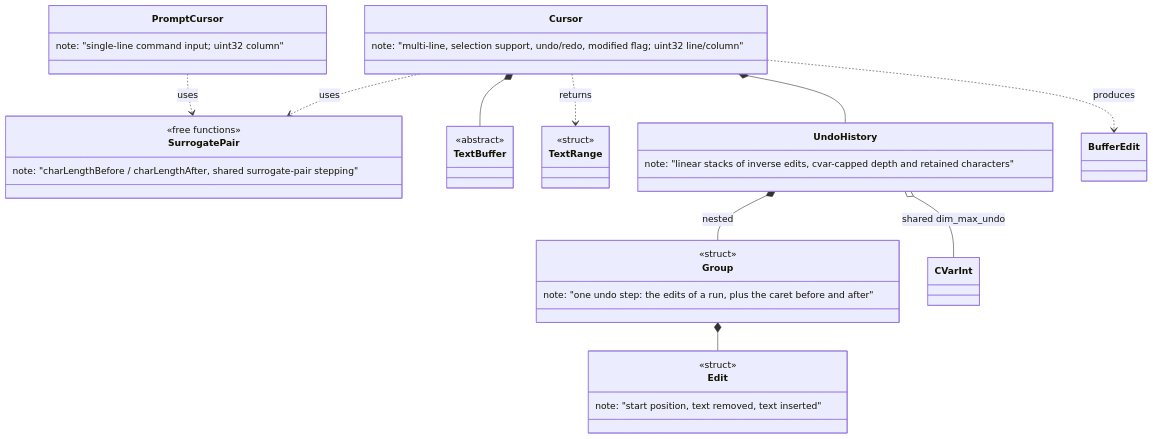
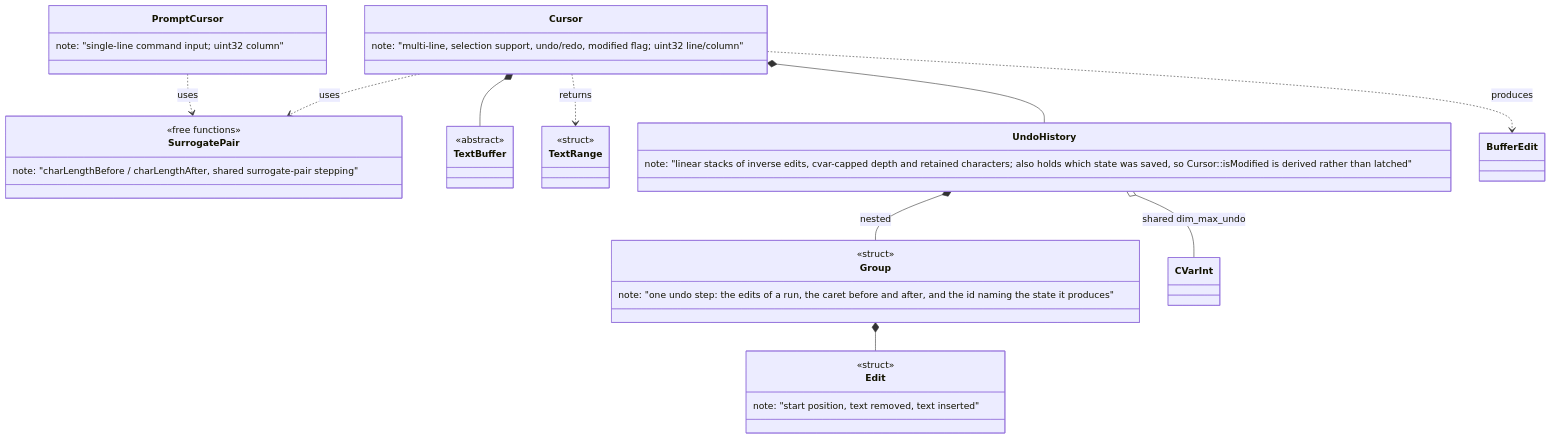
Before and after one commit to notnotme/bbloc: the fourth of 10 diagrams in docs/class_diagram.md, drawn with Mermaid. The commit also changed 6 other files, not shown here.

````diff
--- a/docs/class_diagram.md
+++ b/docs/class_diagram.md
@@ -93,41 +93,41 @@
 ```mermaid
 classDiagram
     class Cursor {
         note: "multi-line, selection support, undo/redo, modified flag; uint32 line/column"
     }
     class PromptCursor {
         note: "single-line command input; uint32 column"
     }
     class SurrogatePair {
         <<free functions>>
         note: "charLengthBefore / charLengthAfter, shared surrogate-pair stepping"
     }
     class TextBuffer {
         <<abstract>>
     }
     class TextRange {
         <<struct>>
     }
     class UndoHistory {
-        note: "linear stacks of inverse edits, cvar-capped depth and retained characters"
+        note: "linear stacks of inverse edits, cvar-capped depth and retained characters; also holds which state was saved, so Cursor::isModified is derived rather than latched"
     }
     class Group {
         <<struct>>
-        note: "one undo step: the edits of a run, plus the caret before and after"
+        note: "one undo step: the edits of a run, the caret before and after, and the id naming the state it produces"
     }
     class Edit {
         <<struct>>
         note: "start position, text removed, text inserted"
     }
     class CVarInt
 
     Cursor *-- TextBuffer
     Cursor *-- UndoHistory
     Cursor ..> SurrogatePair : uses
     PromptCursor ..> SurrogatePair : uses
     UndoHistory *-- Group : nested
     Group *-- Edit
     UndoHistory o-- CVarInt : shared dim_max_undo
     Cursor ..> TextRange : returns
     Cursor ..> BufferEdit : produces
 ```
````
